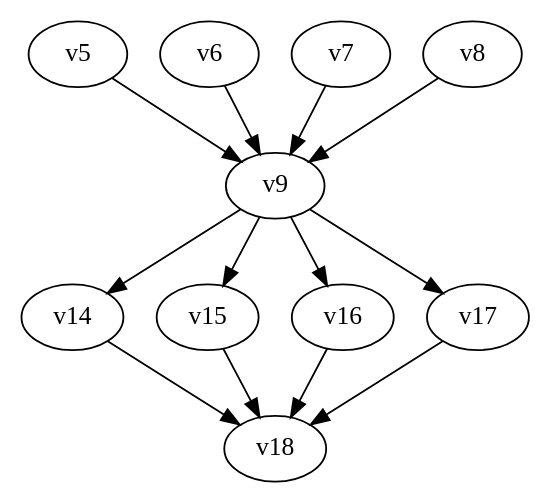
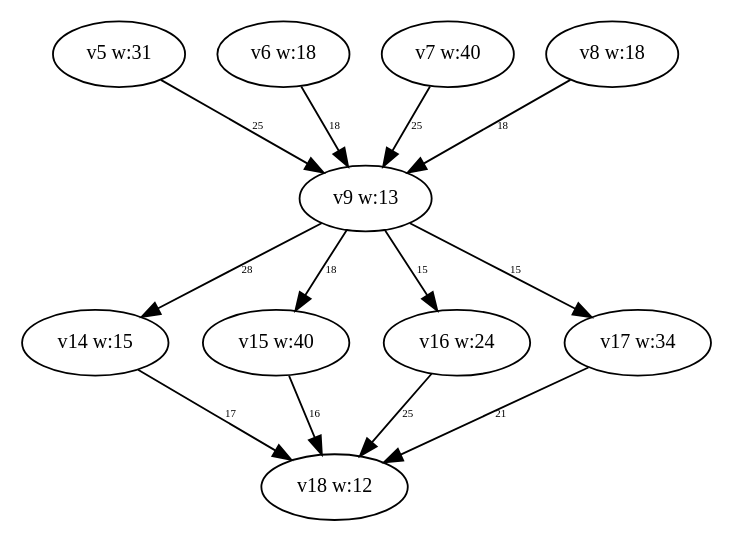
Before and after one commit to dexters1/Task-Scheduling-Based-on-Genetic-Algorithms: the diagram in PythonApplication1/PythonApplication1/test-output/slika_8_Simplified.gv, drawn with Graphviz. The commit also changed 45 other files, not shown here.

```diff
--- a/PythonApplication1/PythonApplication1/test-output/slika_8_Simplified.gv
+++ b/PythonApplication1/PythonApplication1/test-output/slika_8_Simplified.gv
@@ -1,25 +1,24 @@
-// slika_8_Simplified.gv
 digraph {
-	v5 [label=v5]
-	v6 [label=v6]
-	v7 [label=v7]
-	v8 [label=v8]
-	v9 [label=v9]
-	v14 [label=v14]
-	v15 [label=v15]
-	v16 [label=v16]
-	v17 [label=v17]
-	v18 [label=v18]
-	v5 -> v9 [constraint=true]
-	v6 -> v9 [constraint=true]
-	v7 -> v9 [constraint=true]
-	v8 -> v9 [constraint=true]
-	v14 -> v18 [constraint=true]
-	v15 -> v18 [constraint=true]
-	v16 -> v18 [constraint=true]
-	v17 -> v18 [constraint=true]
-	v9 -> v14 [constraint=true]
-	v9 -> v15 [constraint=true]
-	v9 -> v16 [constraint=true]
-	v9 -> v17 [constraint=true]
+	v5 [label="v5 w:31" fontsize=11.0]
+	v6 [label="v6 w:18" fontsize=11.0]
+	v7 [label="v7 w:40" fontsize=11.0]
+	v8 [label="v8 w:18" fontsize=11.0]
+	v9 [label="v9 w:13" fontsize=11.0]
+	v14 [label="v14 w:15" fontsize=11.0]
+	v15 [label="v15 w:40" fontsize=11.0]
+	v16 [label="v16 w:24" fontsize=11.0]
+	v17 [label="v17 w:34" fontsize=11.0]
+	v18 [label="v18 w:12" fontsize=11.0]
+	v5 -> v9 [label=25 constraint=true fontsize=6.0]
+	v6 -> v9 [label=18 constraint=true fontsize=6.0]
+	v7 -> v9 [label=25 constraint=true fontsize=6.0]
+	v8 -> v9 [label=18 constraint=true fontsize=6.0]
+	v14 -> v18 [label=17 constraint=true fontsize=6.0]
+	v15 -> v18 [label=16 constraint=true fontsize=6.0]
+	v16 -> v18 [label=25 constraint=true fontsize=6.0]
+	v17 -> v18 [label=21 constraint=true fontsize=6.0]
+	v9 -> v14 [label=28 constraint=true fontsize=6.0]
+	v9 -> v15 [label=18 constraint=true fontsize=6.0]
+	v9 -> v16 [label=15 constraint=true fontsize=6.0]
+	v9 -> v17 [label=15 constraint=true fontsize=6.0]
 }
```
